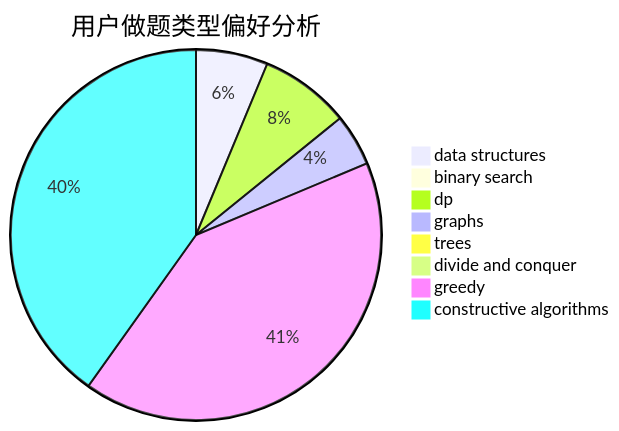
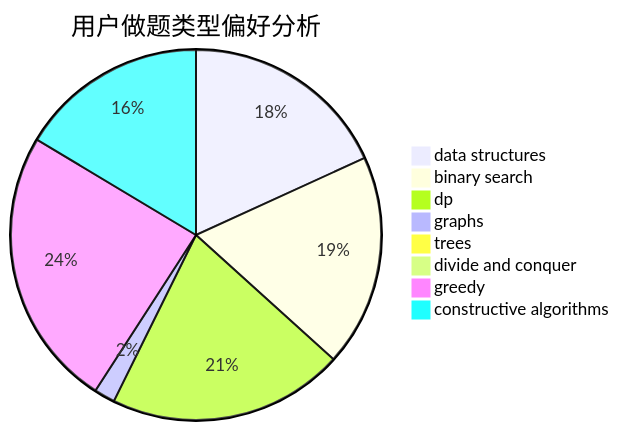
One commit to sherpahu/cfrs.github.io changed the second of 3 diagrams in docs/user/u1142.md. Above: the diagram before and after it, drawn with Mermaid. The commit also changed other lines of this file and 2770 other files, not shown here.

````diff
--- a/docs/user/u1142.md
+++ b/docs/user/u1142.md
@@ -23,11 +23,11 @@
 ```mermaid
 pie title 用户做题类型偏好分析
-    "data structures" :  86
-    "binary search" :  12
-    "dp" :  108
-    "graphs" :  62
-    "trees" :  10
+    "data structures" :  419
+    "binary search" :  427
+    "dp" :  475
+    "graphs" :  42
+    "trees" :  0
     "divide and conquer" :  0
     "greedy" :  564
-    "constructive algorithms" :  550
+    "constructive algorithms" :  378
 ```
````
